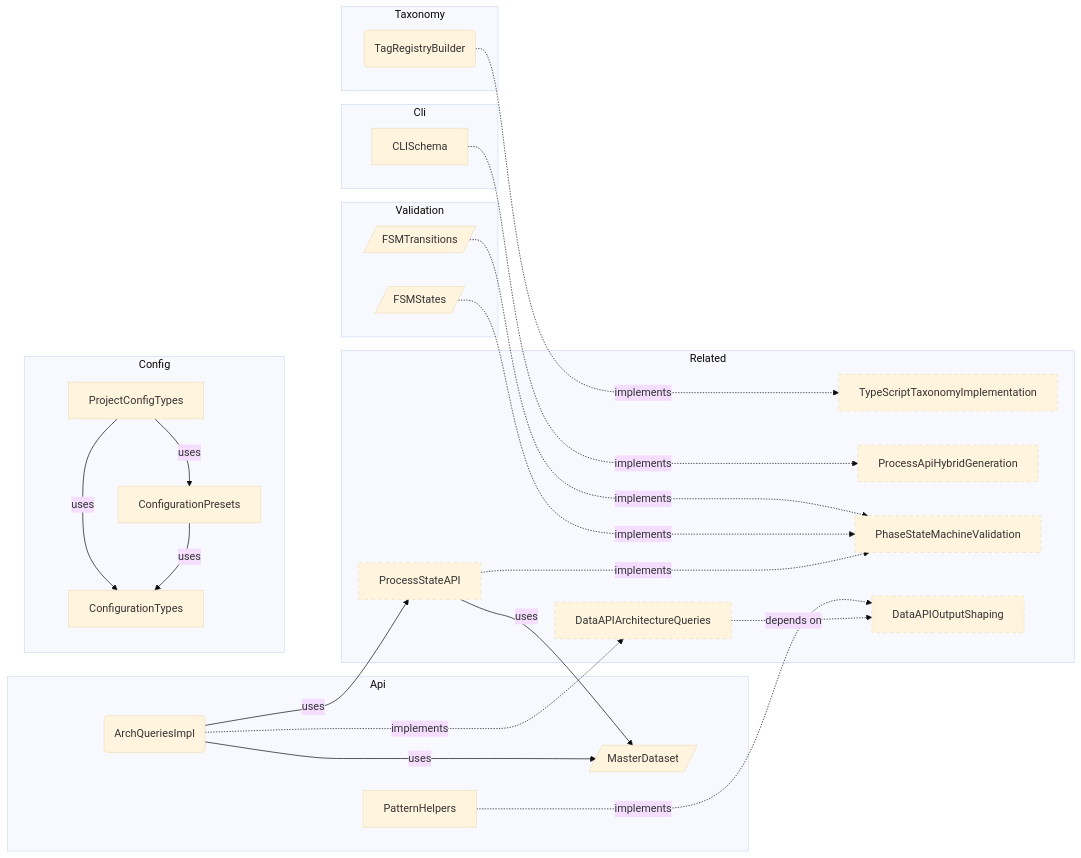
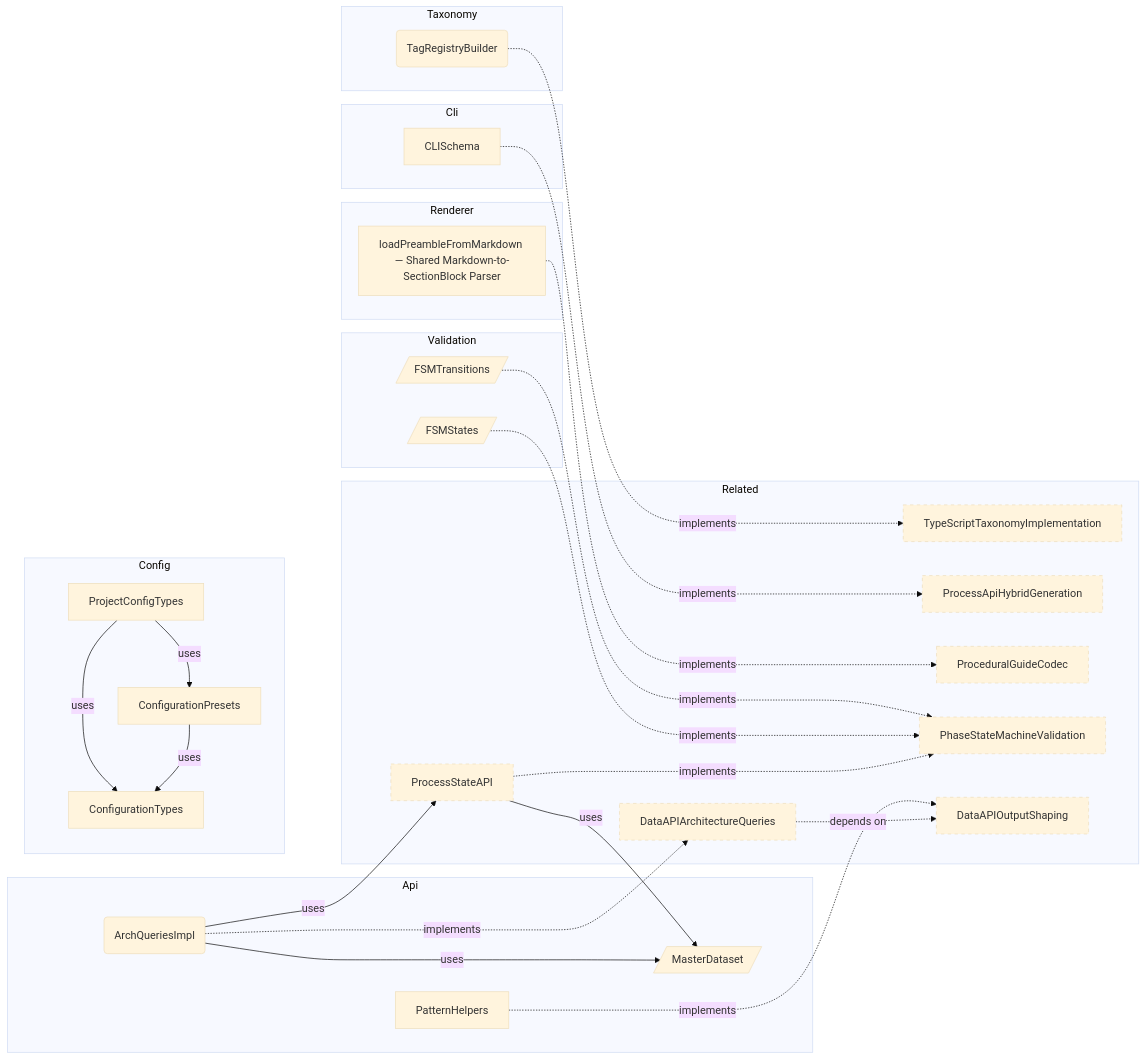
Before and after one commit to libar-dev/architect: the sixth of 6 diagrams in docs-live/reference/REFERENCE-SAMPLE.md, drawn with Mermaid (base theme). The commit also changed other lines of this file and 62 other files, not shown here.

First line of the commit message:
feat: implement WP-3/4/5/6/7 — 4 codecs, loadPreambleFromMarkdown, 900+ lines of manual docs replaced

````diff
--- a/docs-live/reference/REFERENCE-SAMPLE.md
+++ b/docs-live/reference/REFERENCE-SAMPLE.md
@@ -346,46 +351,51 @@
 ```mermaid
 graph LR
     subgraph api["Api"]
         MasterDataset[/"MasterDataset"/]
         PatternHelpers["PatternHelpers"]
         ArchQueriesImpl("ArchQueriesImpl")
     end
     subgraph cli["Cli"]
         CLISchema["CLISchema"]
     end
     subgraph config["Config"]
         ConfigurationTypes["ConfigurationTypes"]
         ProjectConfigTypes["ProjectConfigTypes"]
         ConfigurationPresets["ConfigurationPresets"]
     end
+    subgraph renderer["Renderer"]
+        loadPreambleFromMarkdown___Shared_Markdown_to_SectionBlock_Parser["loadPreambleFromMarkdown — Shared Markdown-to-SectionBlock Parser"]
+    end
     subgraph taxonomy["Taxonomy"]
         TagRegistryBuilder("TagRegistryBuilder")
     end
     subgraph validation["Validation"]
         FSMTransitions[/"FSMTransitions"/]
         FSMStates[/"FSMStates"/]
     end
     subgraph related["Related"]
         ProcessStateAPI["ProcessStateAPI"]:::neighbor
         TypeScriptTaxonomyImplementation["TypeScriptTaxonomyImplementation"]:::neighbor
         ProcessApiHybridGeneration["ProcessApiHybridGeneration"]:::neighbor
+        ProceduralGuideCodec["ProceduralGuideCodec"]:::neighbor
         PhaseStateMachineValidation["PhaseStateMachineValidation"]:::neighbor
         DataAPIOutputShaping["DataAPIOutputShaping"]:::neighbor
         DataAPIArchitectureQueries["DataAPIArchitectureQueries"]:::neighbor
     end
+    TagRegistryBuilder ..->|implements| TypeScriptTaxonomyImplementation
+    loadPreambleFromMarkdown___Shared_Markdown_to_SectionBlock_Parser ..->|implements| ProceduralGuideCodec
+    ProjectConfigTypes -->|uses| ConfigurationTypes
+    ProjectConfigTypes -->|uses| ConfigurationPresets
+    ConfigurationPresets -->|uses| ConfigurationTypes
     CLISchema ..->|implements| ProcessApiHybridGeneration
-    TagRegistryBuilder ..->|implements| TypeScriptTaxonomyImplementation
     PatternHelpers ..->|implements| DataAPIOutputShaping
     ArchQueriesImpl -->|uses| ProcessStateAPI
     ArchQueriesImpl -->|uses| MasterDataset
     ArchQueriesImpl ..->|implements| DataAPIArchitectureQueries
-    ProjectConfigTypes -->|uses| ConfigurationTypes
-    ProjectConfigTypes -->|uses| ConfigurationPresets
-    ConfigurationPresets -->|uses| ConfigurationTypes
     FSMTransitions ..->|implements| PhaseStateMachineValidation
     FSMStates ..->|implements| PhaseStateMachineValidation
     ProcessStateAPI -->|uses| MasterDataset
     ProcessStateAPI ..->|implements| PhaseStateMachineValidation
     DataAPIArchitectureQueries -.->|depends on| DataAPIOutputShaping
     classDef neighbor stroke-dasharray: 5 5
 ```
````
